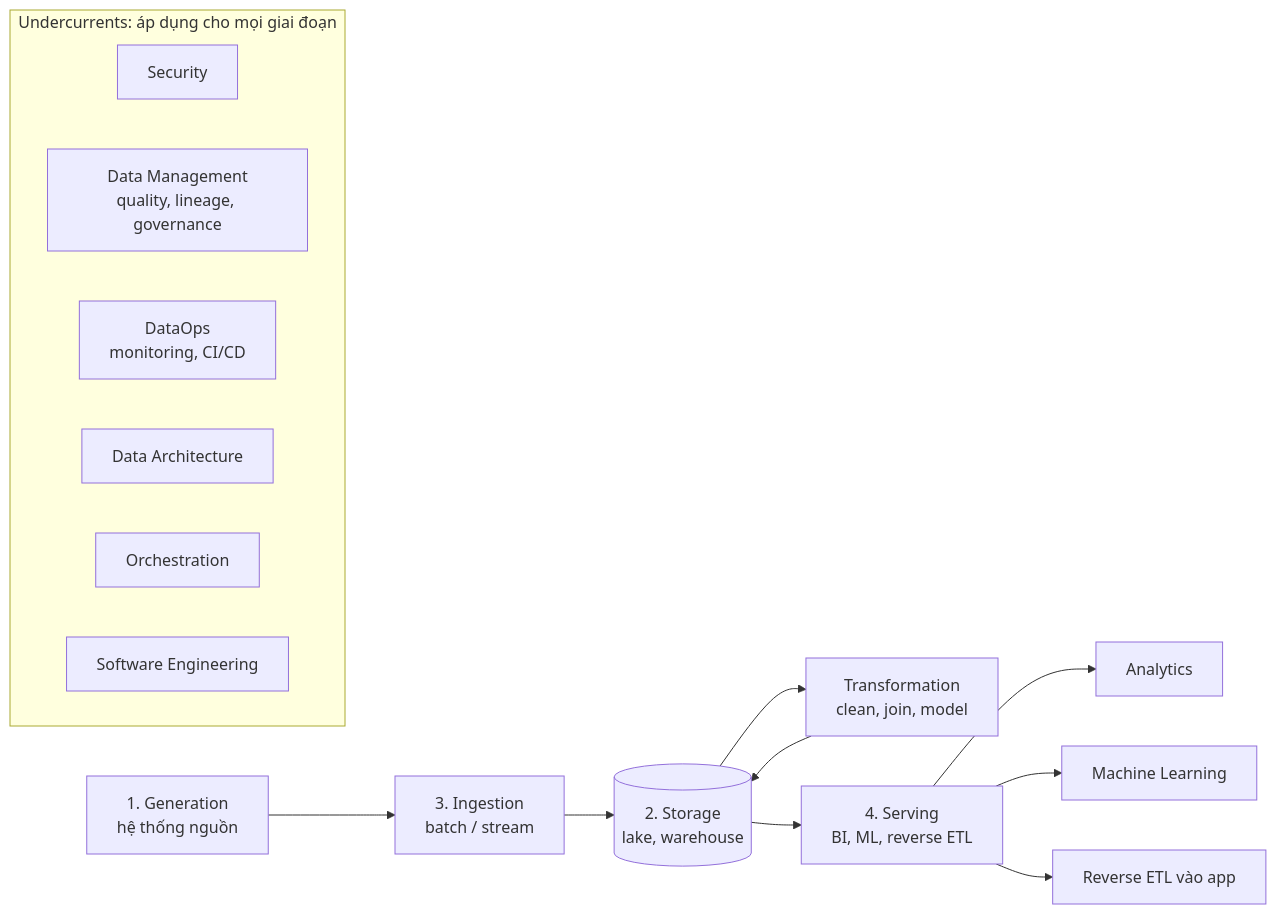
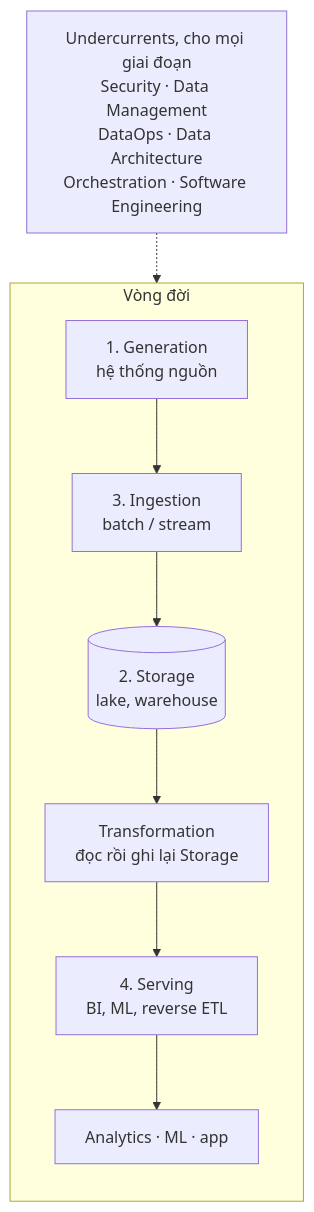
The second of 3 diagrams in tracks/data-engineer/modules/00-introduction/README.md (Buicongbang04/Learning_Platform), drawn with Mermaid before and after one commit. The commit also changed other lines of this file, not shown here.

Commit message:
Module 00: vẽ lại sơ đồ mermaid cho vừa cột nội dung ~600px, gói lại đoạn Logs

````diff
--- a/tracks/data-engineer/modules/00-introduction/README.md
+++ b/tracks/data-engineer/modules/00-introduction/README.md
@@ -123,21 +124,13 @@
 ```mermaid
-flowchart LR
-    G[1. Generation<br/>hệ thống nguồn] --> I[3. Ingestion<br/>batch / stream]
-    I --> S[(2. Storage<br/>lake, warehouse)]
-    S --> T[Transformation<br/>clean, join, model]
-    T --> S
-    S --> V[4. Serving<br/>BI, ML, reverse ETL]
-    V --> U1[Analytics]
-    V --> U2[Machine Learning]
-    V --> U3[Reverse ETL vào app]
-
-    subgraph UC[Undercurrents: áp dụng cho mọi giai đoạn]
-        direction LR
-        X1[Security]
-        X2[Data Management<br/>quality, lineage, governance]
-        X3[DataOps<br/>monitoring, CI/CD]
-        X4[Data Architecture]
-        X5[Orchestration]
-        X6[Software Engineering]
+flowchart TB
+    subgraph LC[Vòng đời]
+        direction TB
+        G[1. Generation<br/>hệ thống nguồn] --> I[3. Ingestion<br/>batch / stream]
+        I --> S[(2. Storage<br/>lake, warehouse)]
+        S --> T[Transformation<br/>đọc rồi ghi lại Storage]
+        T --> V[4. Serving<br/>BI, ML, reverse ETL]
+        V --> C[Analytics · ML · app]
     end
+    UC[Undercurrents, cho mọi giai đoạn<br/>Security · Data Management<br/>DataOps · Data Architecture<br/>Orchestration · Software Engineering]
+    UC -.-> LC
 ```
````
